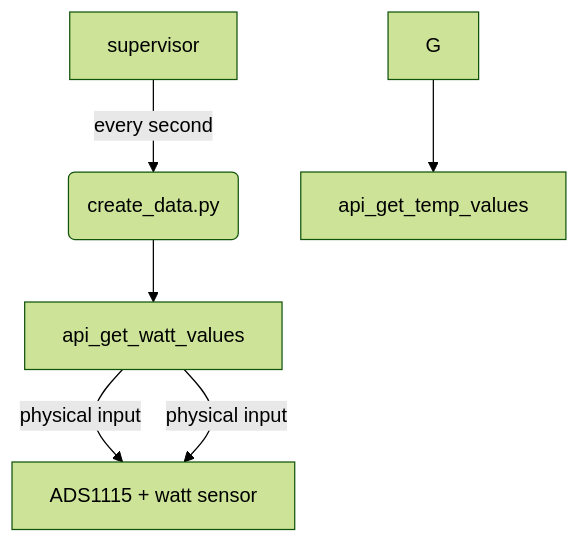
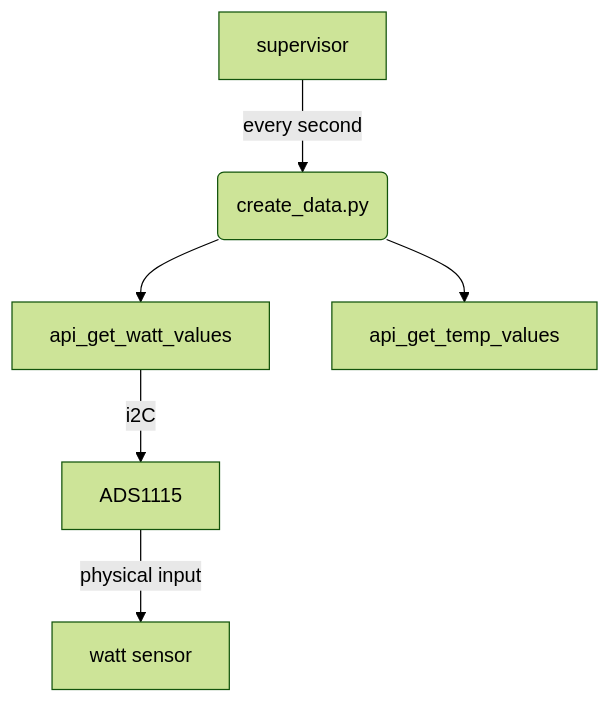
The diagram in software.md (cheperboy/wiki), drawn with Mermaid (forest theme) before and after one commit. The commit also changed other lines of this file, not shown here.

Commit message:
software.md updated from https://stackedit.io/

````diff
--- a/software.md
+++ b/software.md
@@ -34,10 +34,10 @@
 ```mermaid
 graph TD
 A[supervisor] -->|every second| B(create_data.py)
 B --> C[api_get_watt_values]
-C --> |physical input| E[ADS1115 + watt sensor]
-C --> |physical input| E[ADS1115 + watt sensor]
-G --> D[api_get_temp_values]
+C --> |i2C| D[ADS1115]
+D --> |physical input| E[watt sensor]
+B --> G[api_get_temp_values]
 
 
 ```
````
